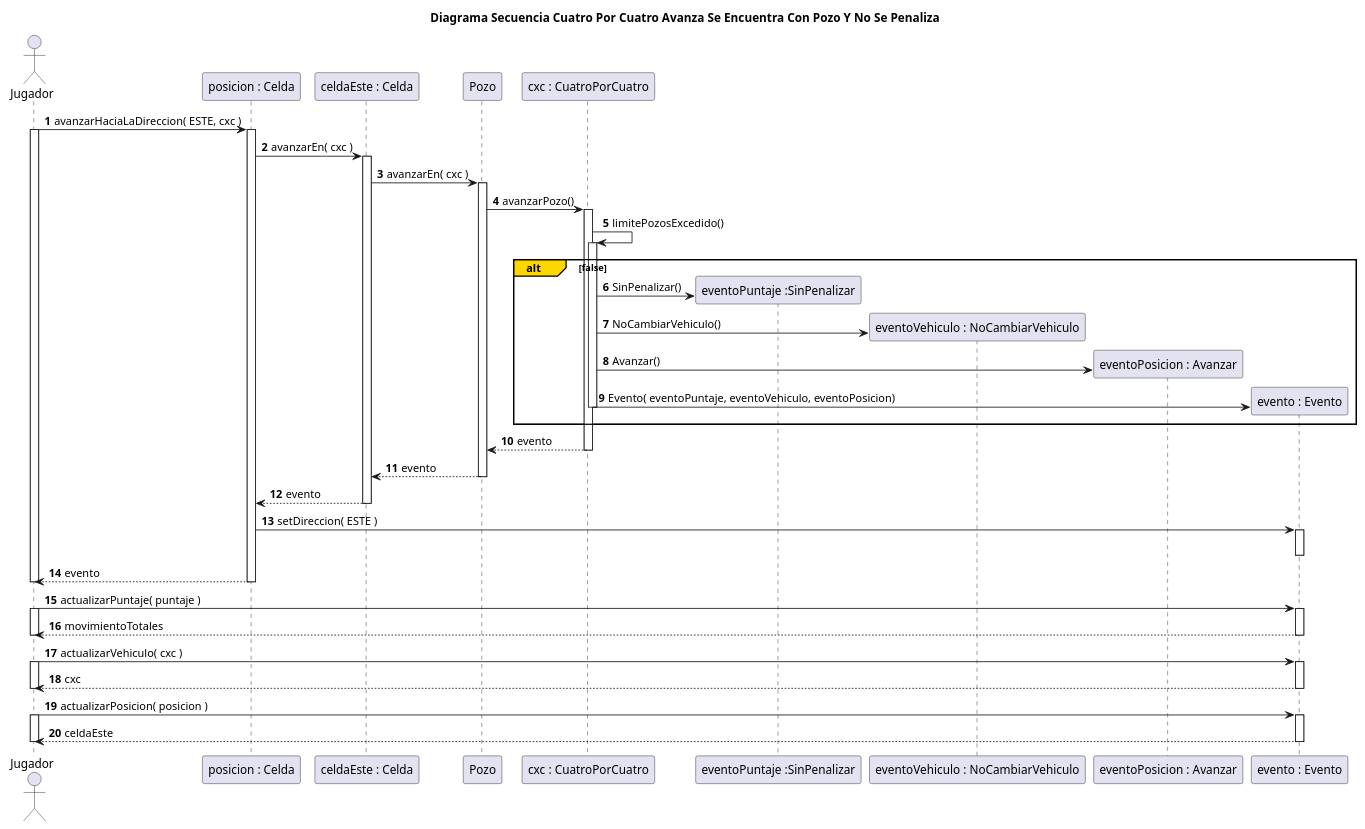
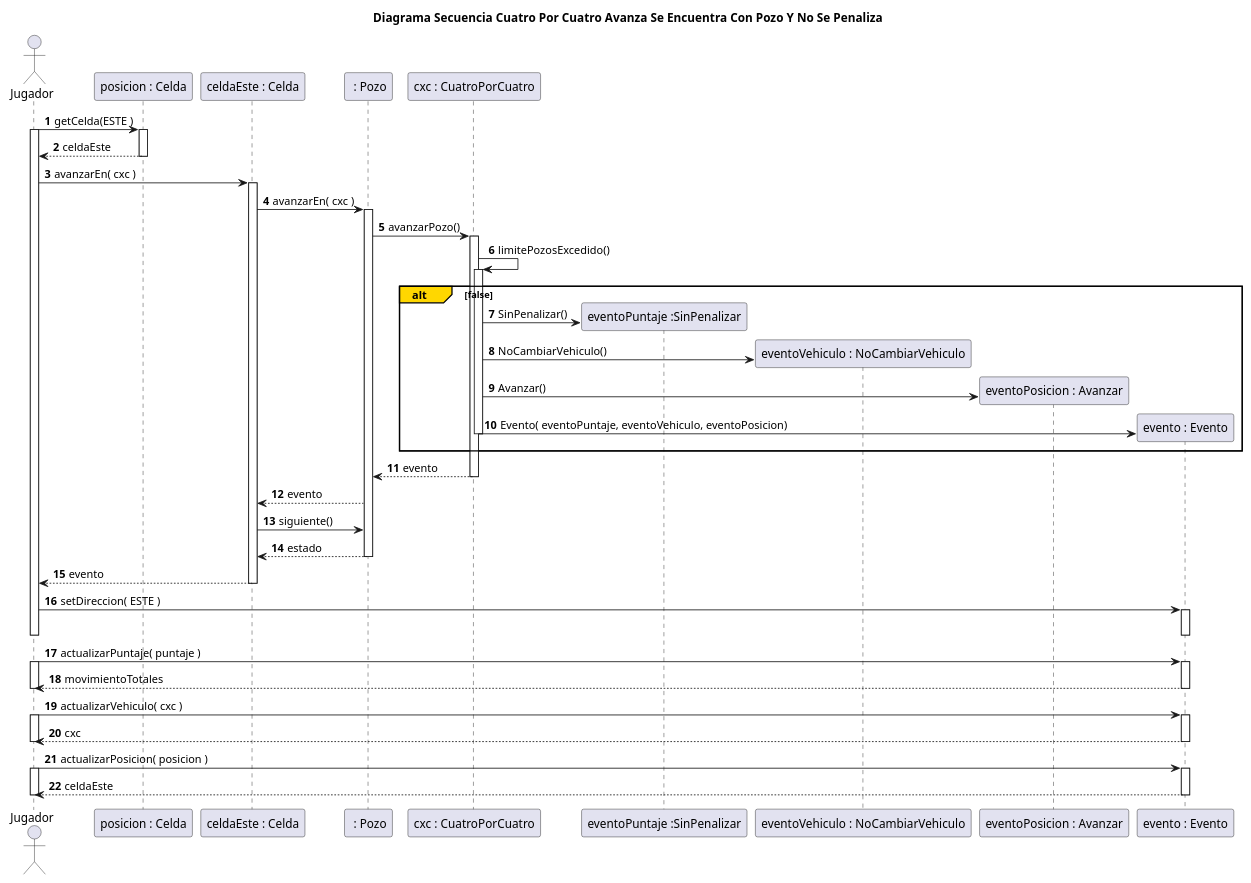
The diagram in diagrams/sequences/entrega1/actualizados/DiagramaSecuenciaCasoConPozoEnCuatroPorCuatro.puml (rodrigovzq/algo3_tp2), drawn with PlantUML before and after one commit. The commit also changed 6 other files, not shown here.

Commit message:
Actualize diagramas primera entrega

```diff
--- a/diagrams/sequences/entrega1/actualizados/DiagramaSecuenciaCasoConPozoEnCuatroPorCuatro.puml
+++ b/diagrams/sequences/entrega1/actualizados/DiagramaSecuenciaCasoConPozoEnCuatroPorCuatro.puml
@@ -1,71 +1,75 @@
 @startuml
 title Diagrama Secuencia Cuatro Por Cuatro Avanza Se Encuentra Con Pozo Y No Se Penaliza
 
 
 autonumber
 
 actor Jugador
 
-Jugador -> "posicion : Celda"++: avanzarHaciaLaDireccion( ESTE, cxc )
+actor Jugador
 
+Jugador -> "posicion : Celda"++: getCelda(ESTE )
 activate Jugador
-"posicion : Celda" -> "celdaEste : Celda"++: avanzarEn( cxc )
+"posicion : Celda" --> Jugador: celdaEste
+deactivate "posicion : Celda"
+ Jugador -> "celdaEste : Celda"++: avanzarEn( cxc )
 
 
-"celdaEste : Celda" -> Pozo++: avanzarEn( cxc )
-Pozo -> "cxc : CuatroPorCuatro"++: avanzarPozo()
+"celdaEste : Celda" -> " : Pozo"++: avanzarEn( cxc )
+" : Pozo" -> "cxc : CuatroPorCuatro"++: avanzarPozo()
 
 
 
 "cxc : CuatroPorCuatro" -> "cxc : CuatroPorCuatro"++: limitePozosExcedido()
 alt#Gold   false
     create "eventoPuntaje :SinPenalizar"
     "cxc : CuatroPorCuatro"-> "eventoPuntaje :SinPenalizar": SinPenalizar()
 
     create "eventoVehiculo : NoCambiarVehiculo"
     "cxc : CuatroPorCuatro"-> "eventoVehiculo : NoCambiarVehiculo": NoCambiarVehiculo()
 
     create "eventoPosicion : Avanzar"
     "cxc : CuatroPorCuatro"-> "eventoPosicion : Avanzar": Avanzar()
 
     create "evento : Evento"
     "cxc : CuatroPorCuatro"  -> "evento : Evento": Evento( eventoPuntaje, eventoVehiculo, eventoPosicion)
 
     deactivate "cxc : CuatroPorCuatro"
 end
 
-"cxc : CuatroPorCuatro" --> Pozo: evento
+"cxc : CuatroPorCuatro" --> " : Pozo": evento
 
 
 deactivate "cxc : CuatroPorCuatro"
 
-Pozo --> "celdaEste : Celda": evento
-deactivate Pozo
+" : Pozo" --> "celdaEste : Celda": evento
+"celdaEste : Celda" -> " : Pozo": siguiente()
+" : Pozo" --> "celdaEste : Celda": estado
+deactivate " : Pozo"
 
 
-"celdaEste : Celda" --> "posicion : Celda": evento
+"celdaEste : Celda" --> Jugador: evento
 deactivate "celdaEste : Celda"
 
-"posicion : Celda" -> "evento : Evento"++: setDireccion( ESTE )
+Jugador -> "evento : Evento"++: setDireccion( ESTE )
 deactivate "evento : Evento"
-"posicion : Celda" --> Jugador--: evento
 deactivate Jugador
 
 Jugador -> "evento : Evento"++: actualizarPuntaje( puntaje )
 activate Jugador
 Jugador <-- "evento : Evento"--: movimientoTotales
 deactivate Jugador
 
 
 Jugador -> "evento : Evento"++: actualizarVehiculo( cxc )
 activate Jugador
 Jugador <-- "evento : Evento"--: cxc
 deactivate Jugador
 
 
 Jugador -> "evento : Evento"++: actualizarPosicion( posicion )
 activate Jugador
 Jugador <-- "evento : Evento"--: celdaEste
 deactivate Jugador
 
 @enduml
```
